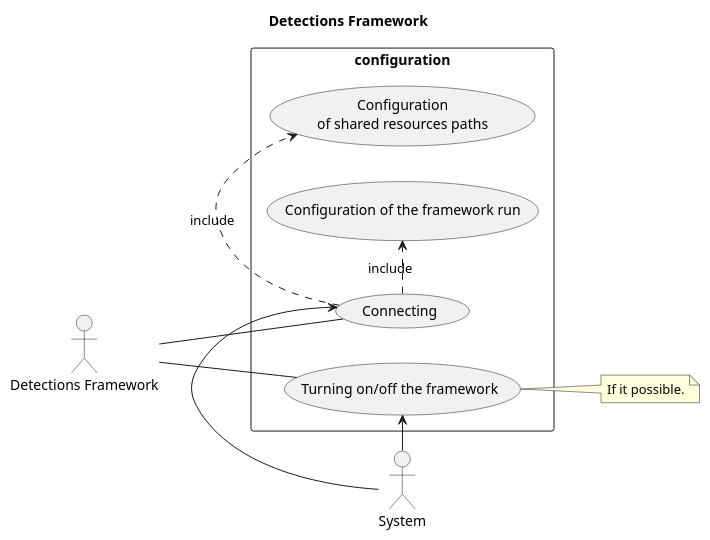
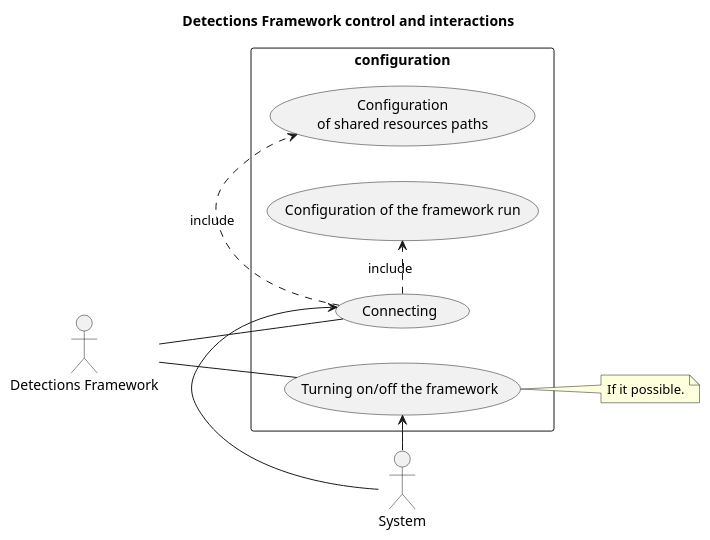
One commit to saratoga8/motion_notifier changed the diagram in docs/use_cases/use_cases.puml. Above: the diagram before and after it, drawn with PlantUML. The commit also changed 3 other files, not shown here.

```diff
--- a/docs/use_cases/use_cases.puml
+++ b/docs/use_cases/use_cases.puml
@@ -1,28 +1,28 @@
 @startuml
 
 'https://plantuml.com/use-case-diagram
 
-title Detections Framework
+title Detections Framework control and interactions
 
 left to right direction
 
 :System: as System
 :Detections Framework: as Framework
 
 rectangle configuration {
     (Configuration\nof shared resources paths) as (Conf)
     (Turning on/off the framework) as (On/Off)
     (Configuration of the framework run) as (Run)
 
     System -> (Connecting)
     Framework -- (Connecting)
     (Connecting) .> (Conf) : include
     (Connecting) .> (Run) : include
 }
 
 System -> (On/Off)
 Framework -- (On/Off)
 
 note right of (On/Off) : If it possible.
 
 @enduml
```
